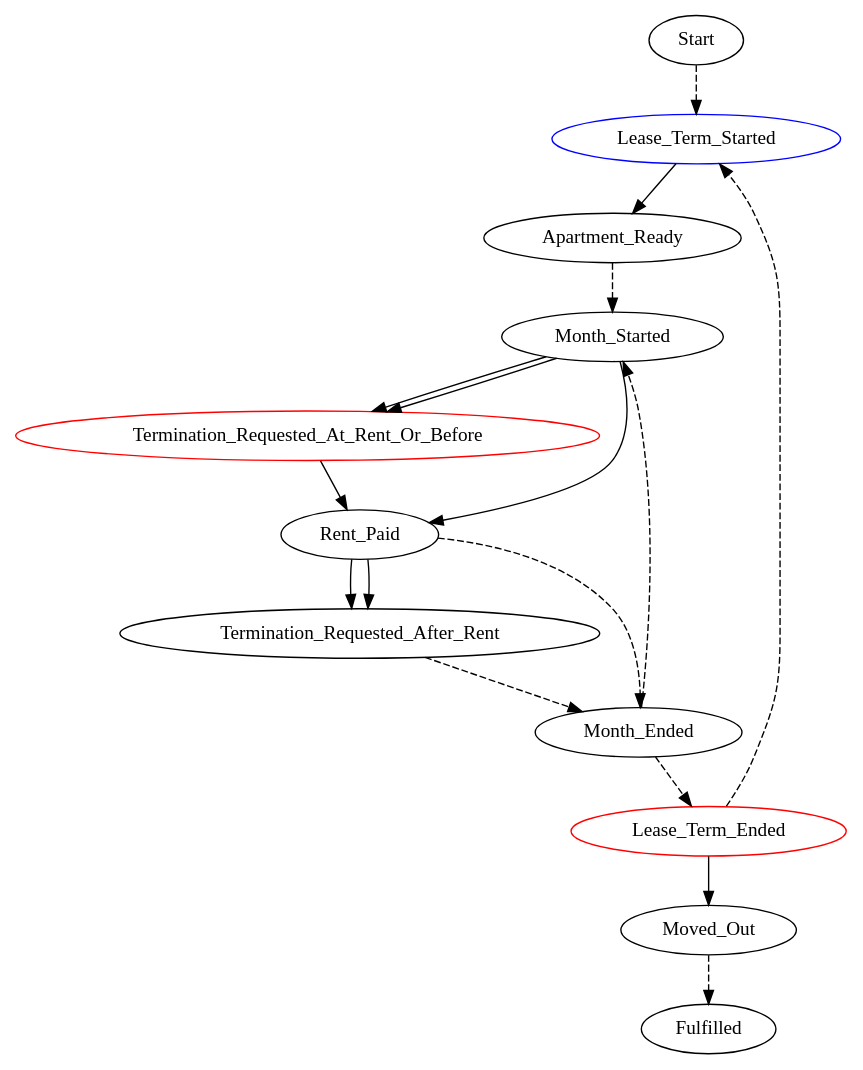
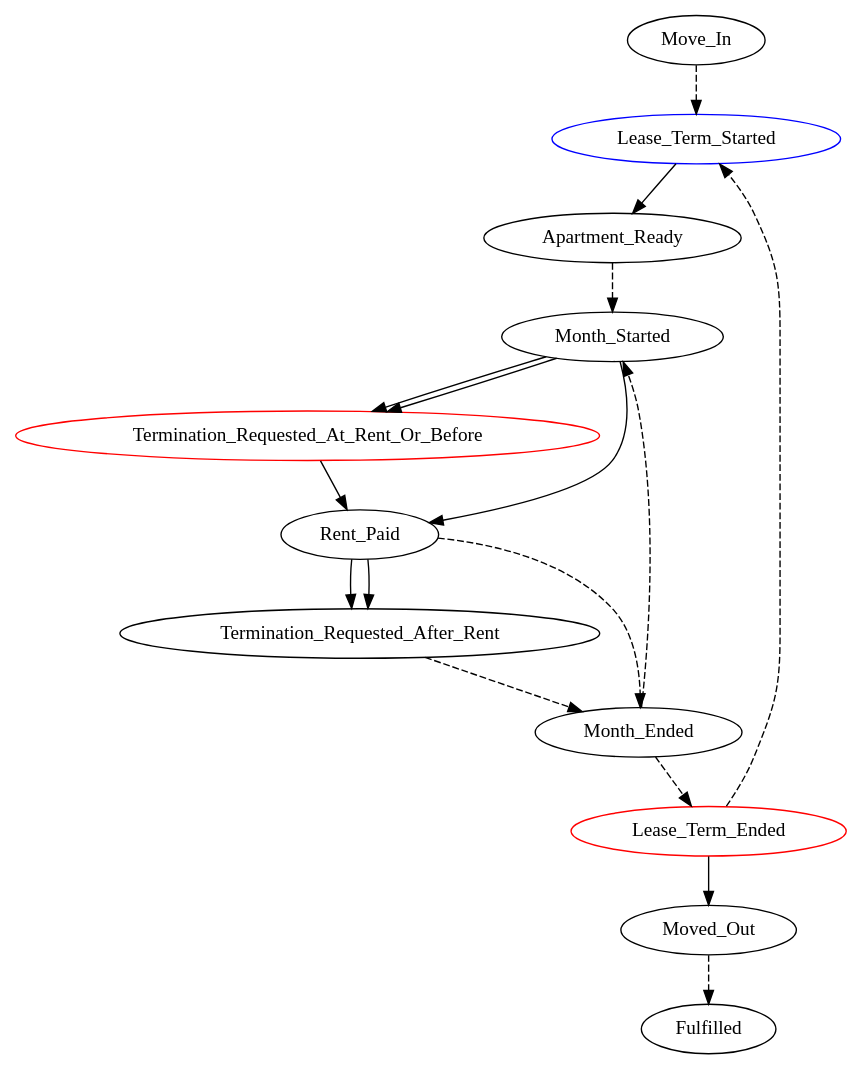
Before and after one commit to Marcao02/complaw-deeptech: the diagram in linear_state_machine_language/out/hvitved_lease.dot, drawn with Graphviz. The commit also changed 10 other files, not shown here.

```diff
--- a/linear_state_machine_language/out/hvitved_lease.dot
+++ b/linear_state_machine_language/out/hvitved_lease.dot
@@ -1,30 +1,30 @@
 // THIS IS A GENERATED FILE. DO NOT EDIT.
 
 digraph Lease_Hvitved {
-	Start[label=Start];
+	Move_In[label=Move_In];
 	Lease_Term_Started[label=Lease_Term_Started,color=Blue];
 	Apartment_Ready[label=Apartment_Ready];
 	Month_Started[label=Month_Started];
 	Termination_Requested_At_Rent_Or_Before[label=Termination_Requested_At_Rent_Or_Before,color=Red];
 	Rent_Paid[label=Rent_Paid];
 	Termination_Requested_After_Rent[label=Termination_Requested_After_Rent];
 	Month_Ended[label=Month_Ended];
 	Lease_Term_Ended[label=Lease_Term_Ended,color=Red];
 	Moved_Out[label=Moved_Out];
-	Start -> Lease_Term_Started [style=dashed];
+	Move_In -> Lease_Term_Started [style=dashed];
 	Lease_Term_Started -> Apartment_Ready;
 	Apartment_Ready -> Month_Started [style=dashed];
 	Month_Started -> Termination_Requested_At_Rent_Or_Before;
 	Month_Started -> Rent_Paid;
 	Month_Started -> Termination_Requested_At_Rent_Or_Before;
 	Termination_Requested_At_Rent_Or_Before -> Rent_Paid;
 	Rent_Paid -> Termination_Requested_After_Rent;
 	Rent_Paid -> Termination_Requested_After_Rent;
 	Rent_Paid -> Month_Ended [style=dashed];
 	Termination_Requested_After_Rent -> Month_Ended [style=dashed];
 	Month_Ended -> Lease_Term_Ended [style=dashed];
 	Month_Ended -> Month_Started [style=dashed];
 	Lease_Term_Ended -> Moved_Out;
 	Lease_Term_Ended -> Lease_Term_Started [style=dashed];
 	Moved_Out -> Fulfilled [style=dashed];
 }
```
